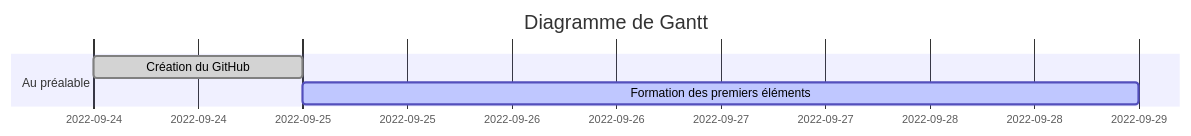
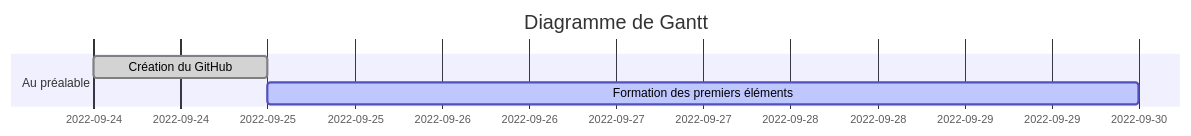
The diagram in README.md (BenoitBOMPOL/CluedoBayesien), drawn with Mermaid before and after one commit. The commit also changed other lines of this file, not shown here.

````diff
--- a/README.md
+++ b/README.md
@@ -21,9 +5,9 @@
 ```mermaid
 gantt
 dateFormat  YYYY-MM-DD
 title Diagramme de Gantt
 
 section Au préalable
 Création du GitHub        :done, git1, 2022-09-24, 1d
-Formation des premiers éléments: active, add1, 2022-09-25, 2022-09-29
+Formation des premiers éléments: active, add1, 2022-09-25, 2022-09-30
 ```
````
